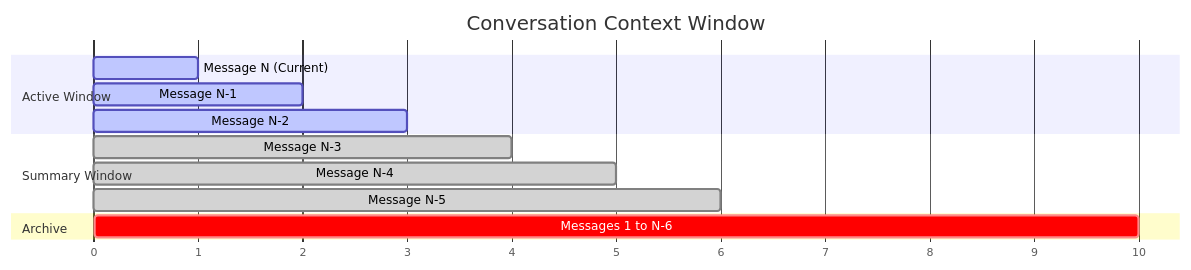
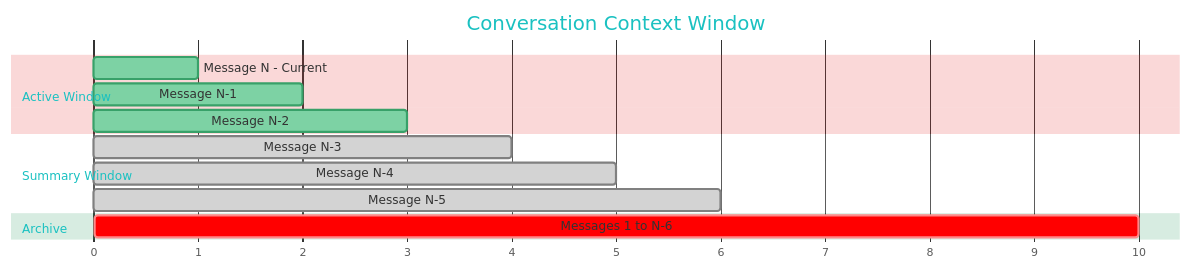
One commit to manumishra-zm/execution_plan changed the seventh of 22 diagrams in chat_context/chat_context.md. Above: the diagram before and after it, drawn with Mermaid. The commit also changed other lines of this file, not shown here.

````diff
--- a/chat_context/chat_context.md
+++ b/chat_context/chat_context.md
@@ -289,19 +306,20 @@
 ```mermaid
+%%{init: {'theme': 'base', 'themeVariables': { 'primaryColor': '#38a169', 'secondaryColor': '#c05621', 'tertiaryColor': '#e53e3e'}}}%%
 gantt
     title Conversation Context Window
     dateFormat X
     axisFormat %s
 
     section Active Window
-    Message N (Current)     :active, 0, 1
+    Message N - Current     :active, 0, 1
     Message N-1             :active, 1, 2
     Message N-2             :active, 2, 3
 
     section Summary Window
     Message N-3             :done, 3, 4
     Message N-4             :done, 4, 5
     Message N-5             :done, 5, 6
 
     section Archive
     Messages 1 to N-6       :crit, 6, 10
 ```
````
